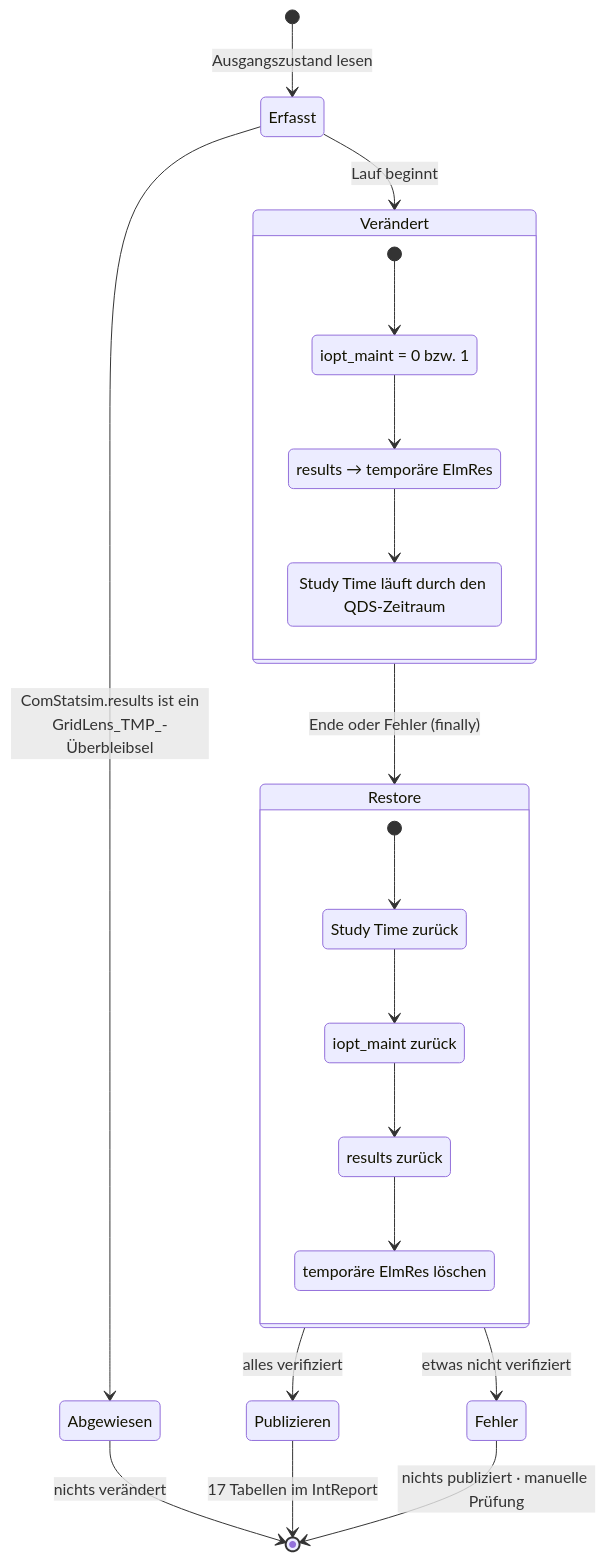
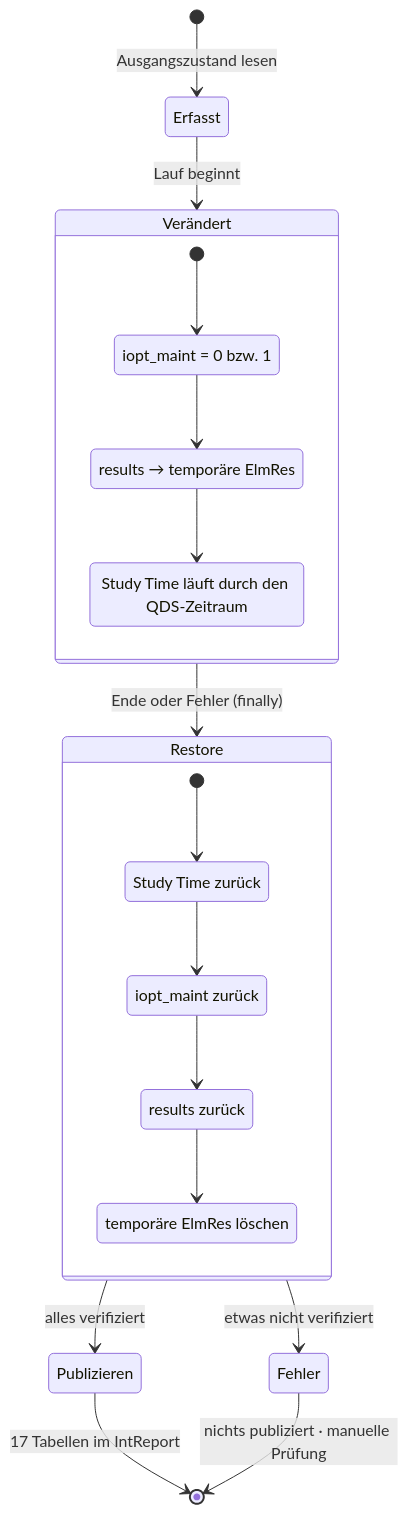
One commit to hadiibrahim-Engin/gridlens-powerfactory changed the sixth of 8 diagrams in BIG_PICTURE.md. Above: the diagram before and after it, drawn with Mermaid. The commit also changed other lines of this file and 5 other files, not shown here.

````diff
--- a/BIG_PICTURE.md
+++ b/BIG_PICTURE.md
@@ -213,31 +213,28 @@
 ```mermaid
 stateDiagram-v2
     [*] --> Erfasst: Ausgangszustand lesen
-    Erfasst --> Abgewiesen: ComStatsim.results ist ein<br/>GridLens_TMP_-Überbleibsel
-    Abgewiesen --> [*]: nichts verändert
-
     Erfasst --> Verändert: Lauf beginnt
     state Verändert {
         state "iopt_maint = 0 bzw. 1" as Option
         state "results → temporäre ElmRes" as Bindung
         state "Study Time läuft durch den QDS-Zeitraum" as Uhr
         [*] --> Option
         Option --> Bindung
         Bindung --> Uhr
     }
     Verändert --> Restore: Ende oder Fehler (finally)
     state Restore {
         state "Study Time zurück" as R1
         state "iopt_maint zurück" as R2
         state "results zurück" as R3
         state "temporäre ElmRes löschen" as R4
         [*] --> R1
         R1 --> R2
         R2 --> R3
         R3 --> R4
     }
     Restore --> Publizieren: alles verifiziert
     Restore --> Fehler: etwas nicht verifiziert
     Publizieren --> [*]: 17 Tabellen im IntReport
     Fehler --> [*]: nichts publiziert · manuelle Prüfung
 ```
````
